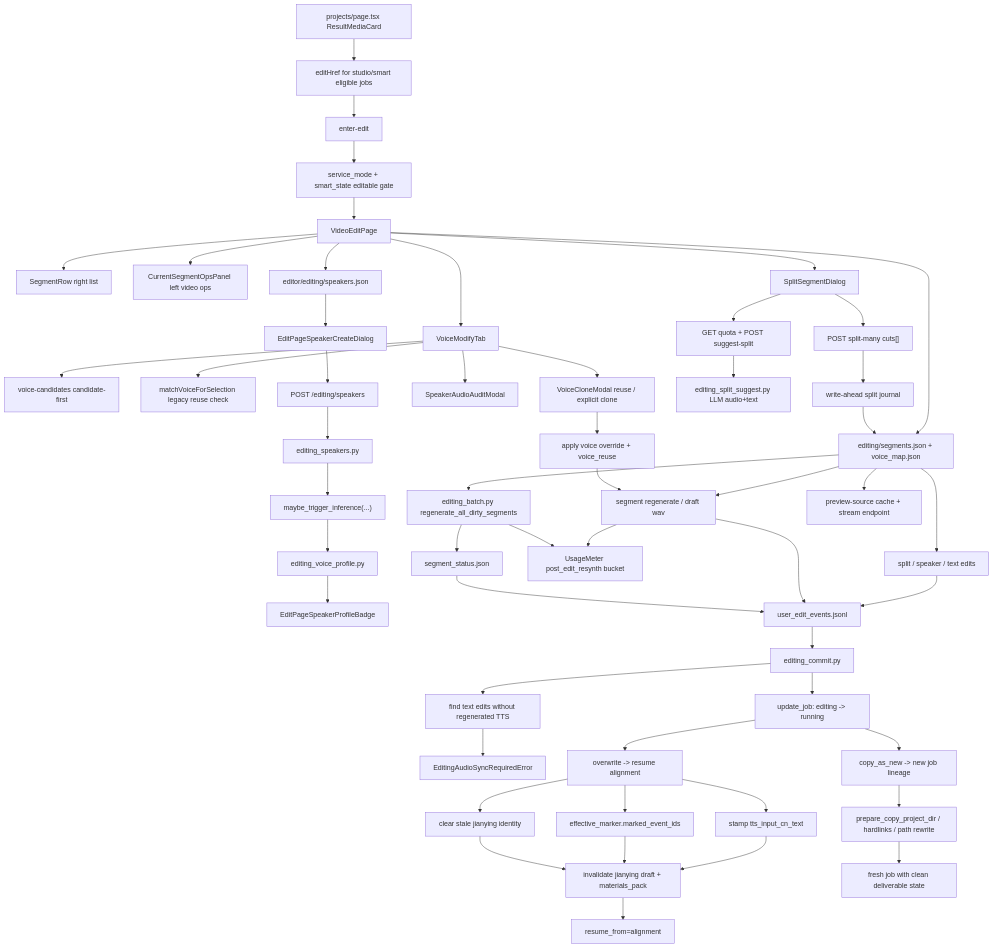
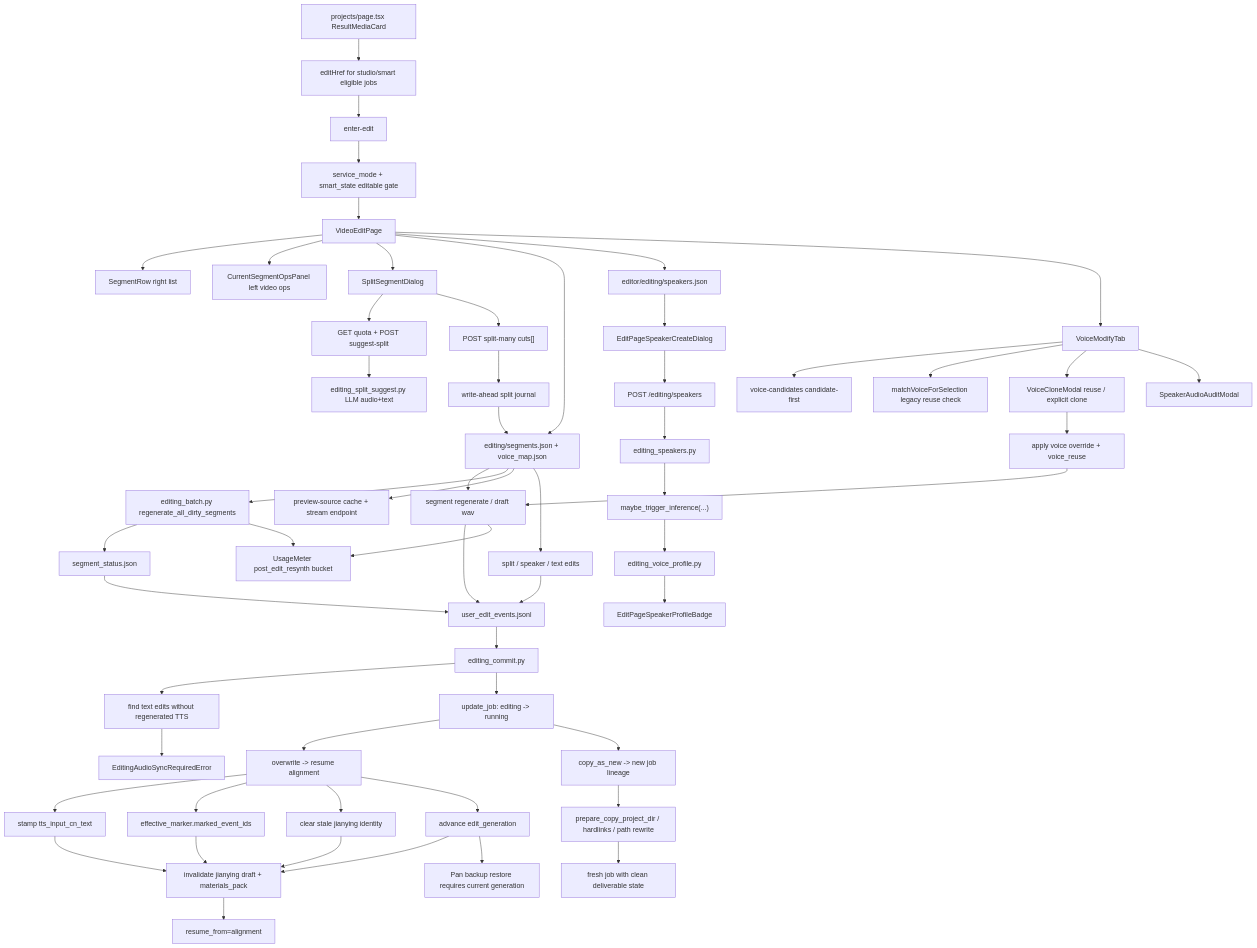
The diagram in docs/graphs/GITNEXUS_EDITING_POST_EDIT_GRAPH.md (sun9bear/AITransVideo), drawn with Mermaid before and after one commit. The commit also changed other lines of this file and 14 other files, not shown here.

Commit message:
docs(graphs): refresh GitNexus project maps

````diff
--- a/docs/graphs/GITNEXUS_EDITING_POST_EDIT_GRAPH.md
+++ b/docs/graphs/GITNEXUS_EDITING_POST_EDIT_GRAPH.md
@@ -24,61 +25,64 @@
 ```mermaid
 graph TD
     Projects["projects/page.tsx ResultMediaCard"] --> EditHref["editHref for studio/smart eligible jobs"]
     EditHref --> EditEntry["enter-edit"]
     EditEntry --> ModeGate["service_mode + smart_state editable gate"]
     ModeGate --> EditPage["VideoEditPage"]
     EditPage --> SegmentRow["SegmentRow right list"]
     EditPage --> OpsPanel["CurrentSegmentOpsPanel left video ops"]
     EditPage --> SplitDialog["SplitSegmentDialog"]
     EditPage --> Segments["editing/segments.json + voice_map.json"]
     EditPage --> Speakers["editor/editing/speakers.json"]
     EditPage --> VoiceModify["VoiceModifyTab"]
     VoiceModify --> CandidateApi["voice-candidates candidate-first"]
     VoiceModify --> ReuseMatch["matchVoiceForSelection legacy reuse check"]
     VoiceModify --> CloneModal["VoiceCloneModal reuse / explicit clone"]
     VoiceModify --> AudioAudit["SpeakerAudioAuditModal"]
     CloneModal --> VoiceOverride["apply voice override + voice_reuse"]
 
     Speakers --> CreateDialog["EditPageSpeakerCreateDialog"]
     CreateDialog --> CreateApi["POST /editing/speakers"]
     CreateApi --> SpeakersSvc["editing_speakers.py"]
     SpeakersSvc --> ProfileKick["maybe_trigger_inference(...)"]
     ProfileKick --> ProfileJob["editing_voice_profile.py"]
     ProfileJob --> ProfileBadge["EditPageSpeakerProfileBadge"]
 
     Segments --> SingleTTS["segment regenerate / draft wav"]
     Segments --> BatchTTS["editing_batch.py regenerate_all_dirty_segments"]
     Segments --> PreviewSource["preview-source cache + stream endpoint"]
     Segments --> Structural["split / speaker / text edits"]
     SplitDialog --> SuggestSplit["GET quota + POST suggest-split"]
     SuggestSplit --> LLMSuggest["editing_split_suggest.py LLM audio+text"]
     SplitDialog --> SplitMany["POST split-many cuts[]"]
     SplitMany --> Journal["write-ahead split journal"]
     Journal --> Segments
 
     VoiceOverride --> SingleTTS
     Structural --> Audit["user_edit_events.jsonl"]
     SingleTTS --> Audit
     SingleTTS --> Usage["UsageMeter post_edit_resynth bucket"]
     BatchTTS --> StatusMap["segment_status.json"]
     StatusMap --> Audit
     BatchTTS --> Usage
 
     Audit --> Commit["editing_commit.py"]
     Commit --> SyncCheck["find text edits without regenerated TTS"]
     SyncCheck --> Guard["EditingAudioSyncRequiredError"]
     Commit --> Claim["update_job: editing -> running"]
     Claim --> Overwrite["overwrite -> resume alignment"]
     Claim --> CopyNew["copy_as_new -> new job lineage"]
 
     Overwrite --> Stamp["stamp tts_input_cn_text"]
     Overwrite --> Marker["effective_marker.marked_event_ids"]
     Overwrite --> Retire["clear stale jianying identity"]
+    Overwrite --> EditGen["advance edit_generation"]
     Stamp --> Reset["invalidate jianying draft + materials_pack"]
     Marker --> Reset
     Retire --> Reset
+    EditGen --> Reset
+    EditGen --> PanBoundary["Pan backup restore requires current generation"]
     Reset --> Resume["resume_from=alignment"]
 
     CopyNew --> Prepare["prepare_copy_project_dir / hardlinks / path rewrite"]
     Prepare --> NewJob["fresh job with clean deliverable state"]
 ```
````
